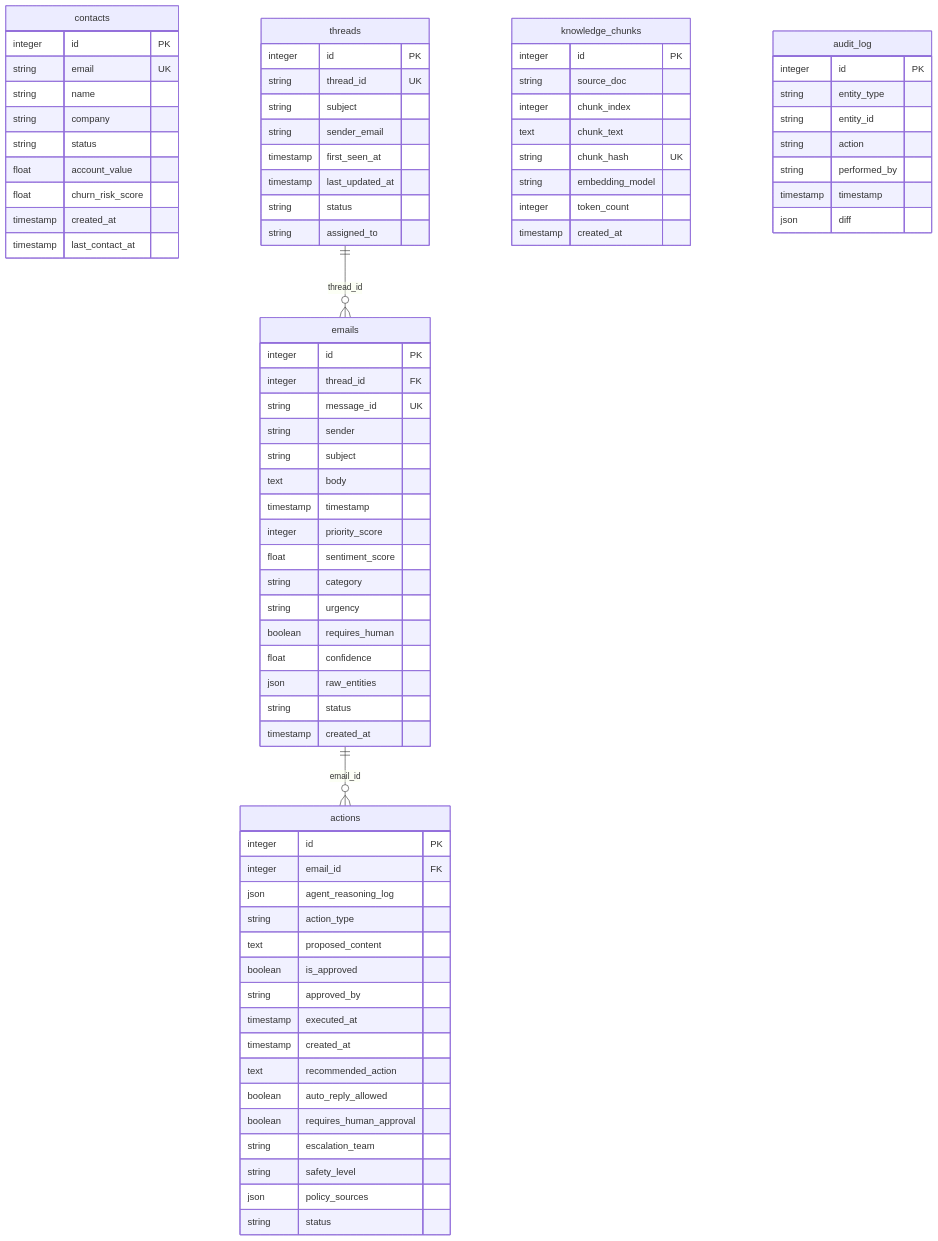
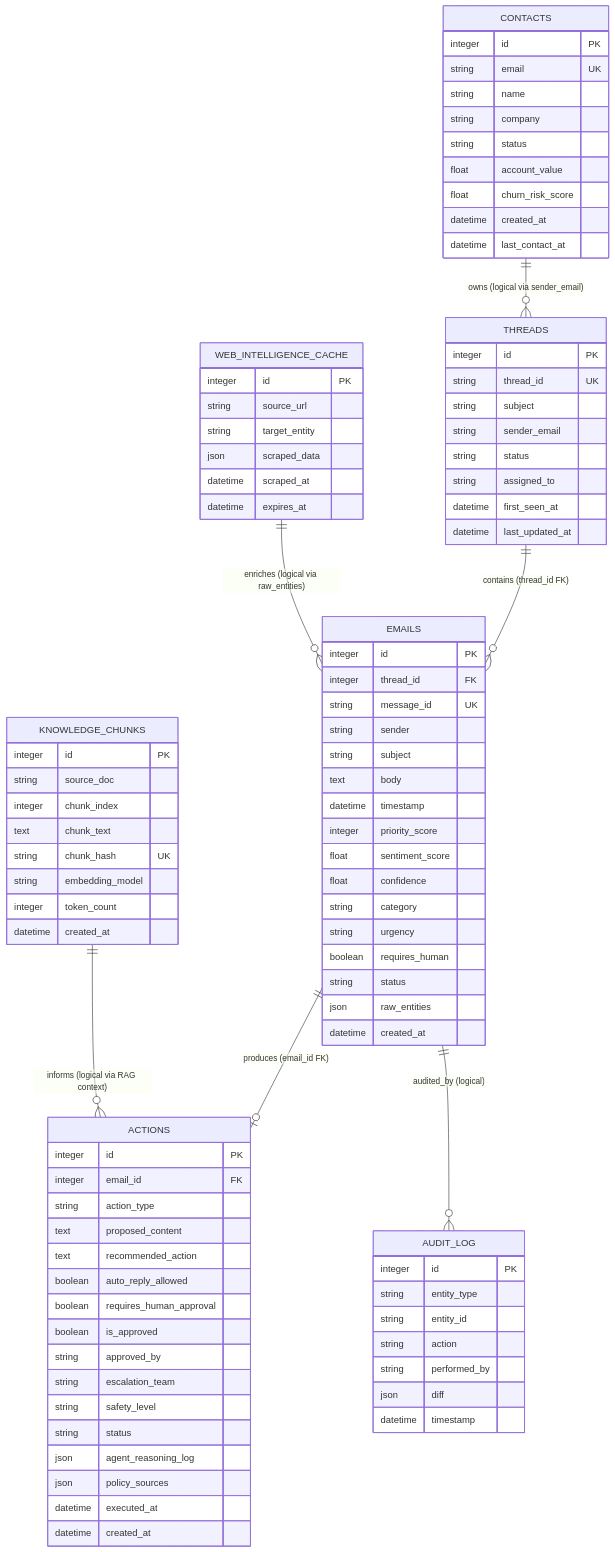
Before and after one commit to rushabhmane2004/senai-crm-intelligence: the diagram in docs/database_schema.md, drawn with Mermaid. The commit also changed other lines of this file and 6 other files, not shown here.

Commit message:
Add database schema docs and OpenAPI export

````diff
--- a/docs/database_schema.md
+++ b/docs/database_schema.md
@@ -9,82 +12,94 @@
 ```mermaid
 erDiagram
-    contacts {
+    CONTACTS {
         integer id PK
-        string email UK
-        string name
-        string company
-        string status
-        float account_value
-        float churn_risk_score
-        timestamp created_at
-        timestamp last_contact_at
+        string  email   UK
+        string  name
+        string  company
+        string  status
+        float   account_value
+        float   churn_risk_score
+        datetime created_at
+        datetime last_contact_at
     }
-    threads {
-        integer id PK
-        string thread_id UK
-        string subject
-        string sender_email
-        timestamp first_seen_at
-        timestamp last_updated_at
-        string status
-        string assigned_to
+    THREADS {
+        integer  id PK
+        string   thread_id UK
+        string   subject
+        string   sender_email
+        string   status
+        string   assigned_to
+        datetime first_seen_at
+        datetime last_updated_at
     }
-    emails {
-        integer id PK
-        integer thread_id FK
-        string message_id UK
-        string sender
-        string subject
-        text body
-        timestamp timestamp
-        integer priority_score
-        float sentiment_score
-        string category
-        string urgency
-        boolean requires_human
-        float confidence
-        json raw_entities
-        string status
-        timestamp created_at
+    EMAILS {
+        integer  id PK
+        integer  thread_id FK
+        string   message_id UK
+        string   sender
+        string   subject
+        text     body
+        datetime timestamp
+        integer  priority_score
+        float    sentiment_score
+        float    confidence
+        string   category
+        string   urgency
+        boolean  requires_human
+        string   status
+        json     raw_entities
+        datetime created_at
     }
-    actions {
-        integer id PK
-        integer email_id FK
-        json agent_reasoning_log
-        string action_type
-        text proposed_content
-        boolean is_approved
-        string approved_by
-        timestamp executed_at
-        timestamp created_at
-        text recommended_action
-        boolean auto_reply_allowed
-        boolean requires_human_approval
-        string escalation_team
-        string safety_level
-        json policy_sources
-        string status
+    ACTIONS {
+        integer  id PK
+        integer  email_id FK
+        string   action_type
+        text     proposed_content
+        text     recommended_action
+        boolean  auto_reply_allowed
+        boolean  requires_human_approval
+        boolean  is_approved
+        string   approved_by
+        string   escalation_team
+        string   safety_level
+        string   status
+        json     agent_reasoning_log
+        json     policy_sources
+        datetime executed_at
+        datetime created_at
     }
-    knowledge_chunks {
-        integer id PK
-        string source_doc
-        integer chunk_index
-        text chunk_text
-        string chunk_hash UK
-        string embedding_model
-        integer token_count
-        timestamp created_at
+    KNOWLEDGE_CHUNKS {
+        integer  id PK
+        string   source_doc
+        integer  chunk_index
+        text     chunk_text
+        string   chunk_hash UK
+        string   embedding_model
+        integer  token_count
+        datetime created_at
     }
-    audit_log {
-        integer id PK
-        string entity_type
-        string entity_id
-        string action
-        string performed_by
-        timestamp timestamp
-        json diff
+    AUDIT_LOG {
+        integer  id PK
+        string   entity_type
+        string   entity_id
+        string   action
+        string   performed_by
+        json     diff
+        datetime timestamp
+    }
+    WEB_INTELLIGENCE_CACHE {
+        integer  id PK
+        string   source_url
+        string   target_entity
+        json     scraped_data
+        datetime scraped_at
+        datetime expires_at
     }
 
-    threads ||--o{ emails : "thread_id"
-    emails ||--o{ actions : "email_id"
+    THREADS              ||--o{ EMAILS                 : "contains (thread_id FK)"
+    EMAILS               ||--o| ACTIONS                : "produces (email_id FK)"
+    EMAILS               ||--o{ AUDIT_LOG              : "audited_by (logical)"
+    KNOWLEDGE_CHUNKS     ||--o{ ACTIONS                : "informs (logical via RAG context)"
+    WEB_INTELLIGENCE_CACHE ||--o{ EMAILS              : "enriches (logical via raw_entities)"
+    CONTACTS             ||--o{ THREADS                : "owns (logical via sender_email)"
 ```
````
